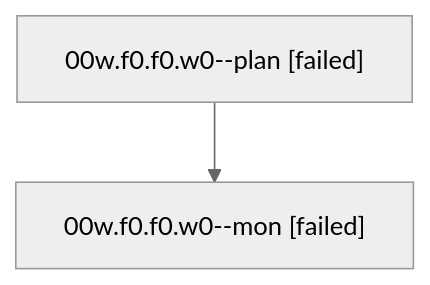
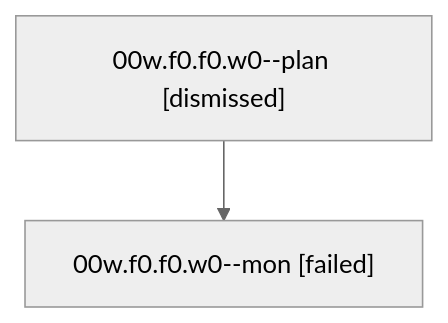
The diagram in families/bbugyi200.athena.00w.f0.f0.w0.md (bobs-org/bob-cli--agents), drawn with Mermaid (neutral theme) before and after one commit. The commit also changed other lines of this file and 265 other files, not shown here.

````diff
--- a/families/bbugyi200.athena.00w.f0.f0.w0.md
+++ b/families/bbugyi200.athena.00w.f0.f0.w0.md
@@ -9,6 +9,6 @@
 ```mermaid
 flowchart TD
-  n0["00w.f0.f0.w0--plan [failed]"]
+  n0["00w.f0.f0.w0--plan [dismissed]"]
   n1["00w.f0.f0.w0--mon [failed]"]
   n0 --> n1
 ```
````
